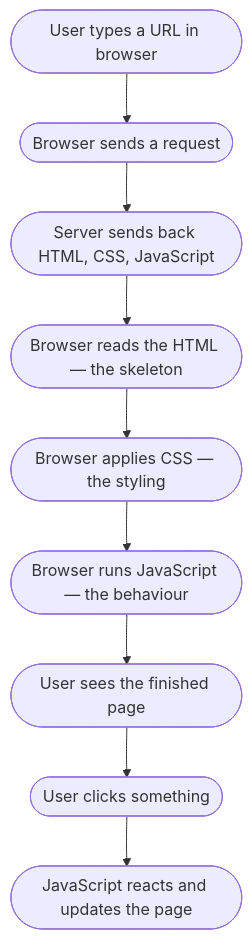
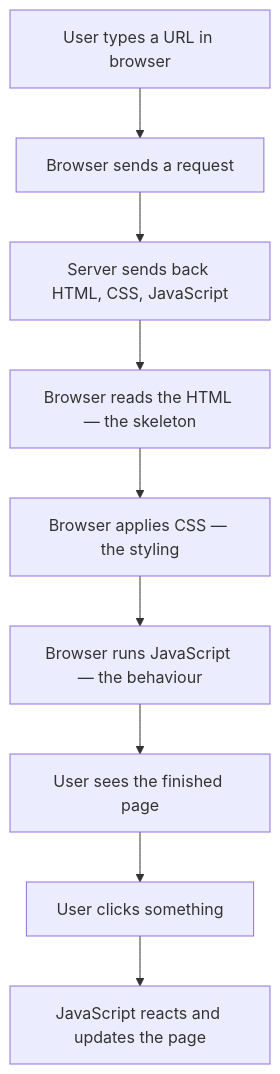
Before and after one commit to wongjinar-ai/expample: the first of 5 diagrams in learning/01-frontend.md, drawn with Mermaid. The commit also changed 5 other files, not shown here.

````diff
--- a/learning/01-frontend.md
+++ b/learning/01-frontend.md
@@ -15,11 +15,11 @@
 ```mermaid
 flowchart TD
-    A([User types a URL in browser]) --> B([Browser sends a request])
-    B --> C([Server sends back HTML, CSS, JavaScript])
-    C --> D([Browser reads the HTML — the skeleton])
-    D --> E([Browser applies CSS — the styling])
-    E --> F([Browser runs JavaScript — the behaviour])
-    F --> G([User sees the finished page])
-    G --> H([User clicks something])
-    H --> I([JavaScript reacts and updates the page])
+    A[User types a URL in browser] --> B[Browser sends a request]
+    B --> C[Server sends back HTML, CSS, JavaScript]
+    C --> D[Browser reads the HTML — the skeleton]
+    D --> E[Browser applies CSS — the styling]
+    E --> F[Browser runs JavaScript — the behaviour]
+    F --> G[User sees the finished page]
+    G --> H[User clicks something]
+    H --> I[JavaScript reacts and updates the page]
 ```
````
